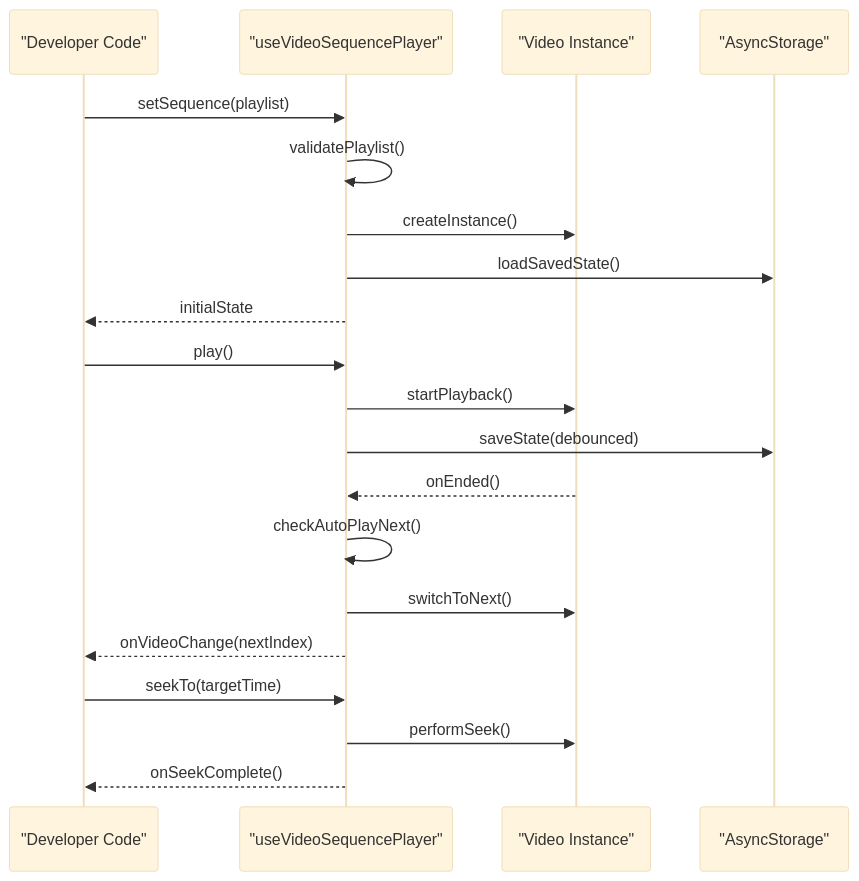
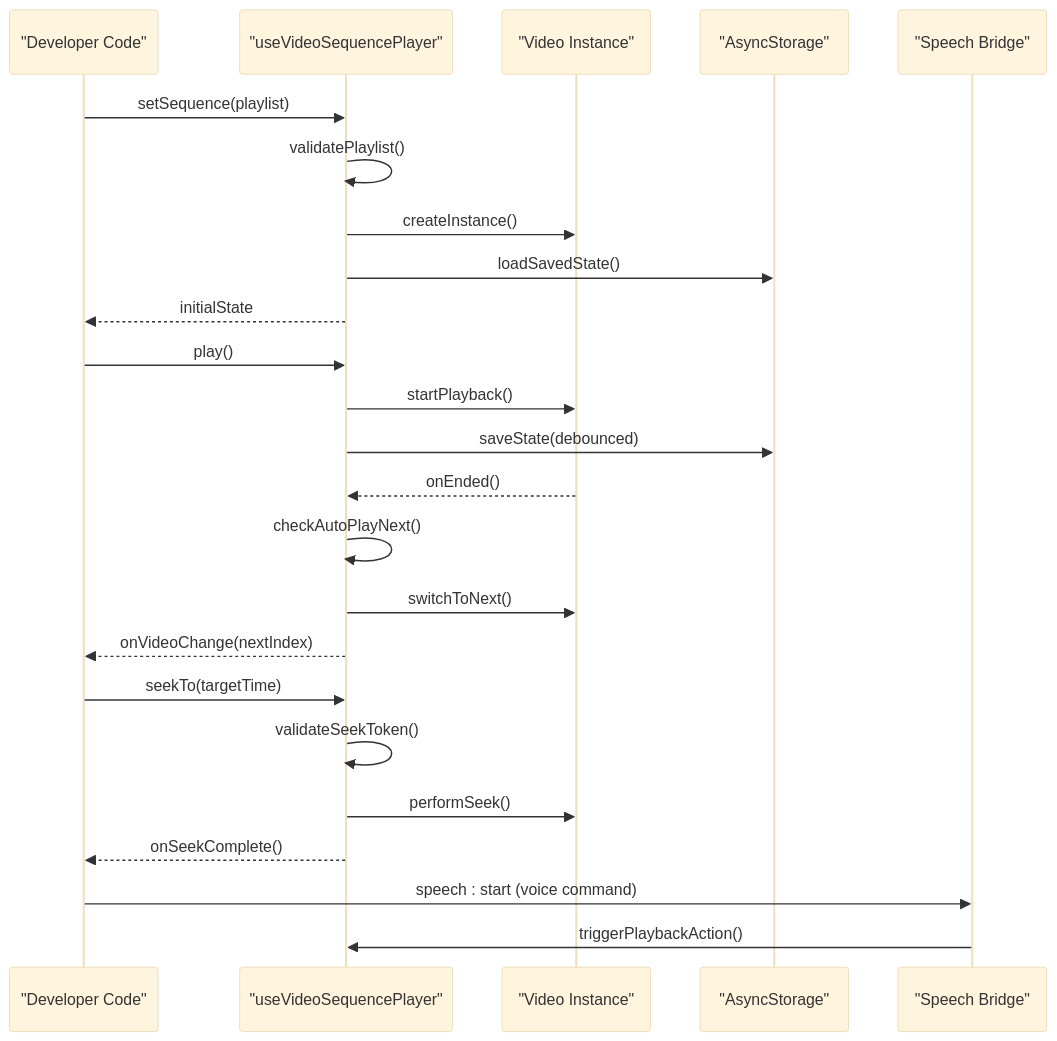
Before and after one commit to 156258852/video-rn: the fifth of 6 diagrams in .qoder/repowiki/en/content/Custom Hooks Library/useVideoSequencePlayer Hook.md, drawn with Mermaid (base theme). The commit also changed other lines of this file and 5 other files, not shown here.

First line of the commit message:
feat: Add WebView Speech Bridge documentation and update export date

````diff
--- a/.qoder/repowiki/en/content/Custom Hooks Library/useVideoSequencePlayer Hook.md
+++ b/.qoder/repowiki/en/content/Custom Hooks Library/useVideoSequencePlayer Hook.md
@@ -212,22 +233,26 @@
 ```mermaid
 sequenceDiagram
 participant Dev as "Developer Code"
 participant Hook as "useVideoSequencePlayer"
 participant Video as "Video Instance"
 participant Storage as "AsyncStorage"
+participant Speech as "Speech Bridge"
 Dev->>Hook : setSequence(playlist)
 Hook->>Hook : validatePlaylist()
 Hook->>Video : createInstance()
 Hook->>Storage : loadSavedState()
 Hook-->>Dev : initialState
 Dev->>Hook : play()
 Hook->>Video : startPlayback()
 Hook->>Storage : saveState(debounced)
 Video-->>Hook : onEnded()
 Hook->>Hook : checkAutoPlayNext()
 Hook->>Video : switchToNext()
 Hook-->>Dev : onVideoChange(nextIndex)
 Dev->>Hook : seekTo(targetTime)
+Hook->>Hook : validateSeekToken()
 Hook->>Video : performSeek()
 Hook-->>Dev : onSeekComplete()
+Dev->>Speech : speech : start (voice command)
+Speech->>Hook : triggerPlaybackAction()
 ```
````
